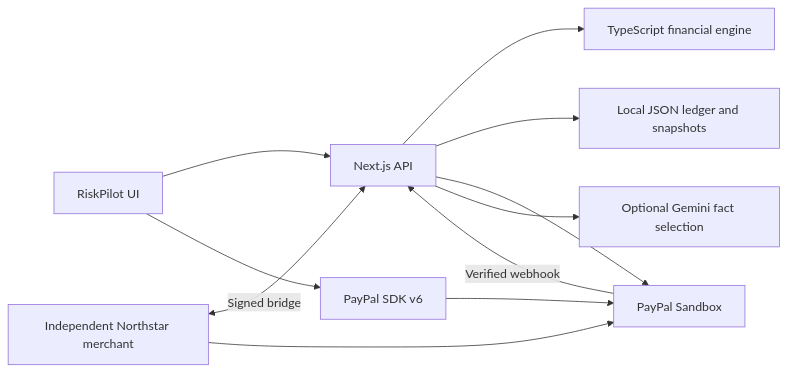
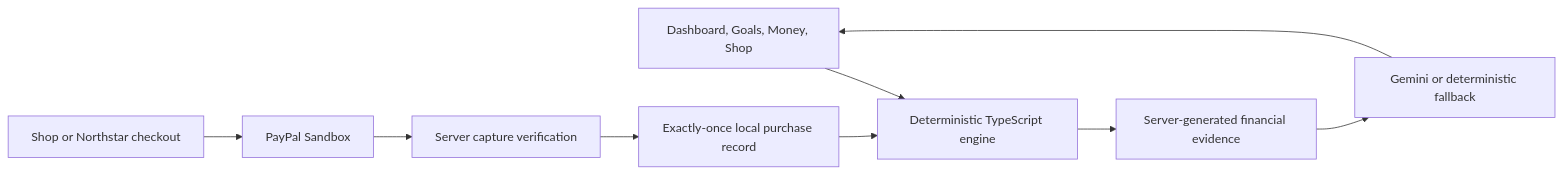
The diagram in README.md (SuyaYang/RiskPilot), drawn with Mermaid before and after one commit. The commit also changed other lines of this file and 7 other files, not shown here.

Commit message:
docs: finalize RiskPilot hackathon submission and team review

````diff
--- a/README.md
+++ b/README.md
@@ -101,13 +73,11 @@
 ```mermaid
 flowchart LR
-  Browser[RiskPilot UI] --> Web[Next.js API]
-  Browser --> SDK[PayPal SDK v6]
-  SDK --> PayPal[PayPal Sandbox]
-  Web --> Engine[TypeScript financial engine]
-  Web --> Ledger[Local JSON ledger and snapshots]
-  Web --> PayPal
-  Web --> Gemini[Optional Gemini fact selection]
-  Northstar[Independent Northstar merchant] <-->|Signed bridge| Web
-  Northstar --> PayPal
-  PayPal -->|Verified webhook| Web
+  UI[Dashboard, Goals, Money, Shop] --> Engine[Deterministic TypeScript engine]
+  Engine --> Facts[Server-generated financial evidence]
+  Facts --> AI[Gemini or deterministic fallback]
+  AI --> UI
+  Checkout[Shop or Northstar checkout] --> PayPal[PayPal Sandbox]
+  PayPal --> Verify[Server capture verification]
+  Verify --> Store[Exactly-once local purchase record]
+  Store --> Engine
 ```
````
